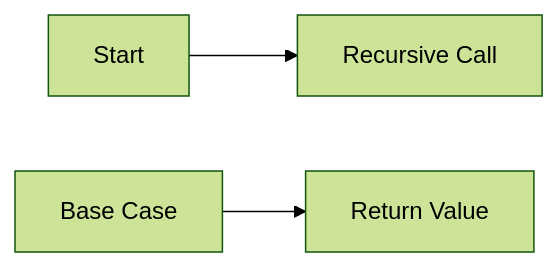
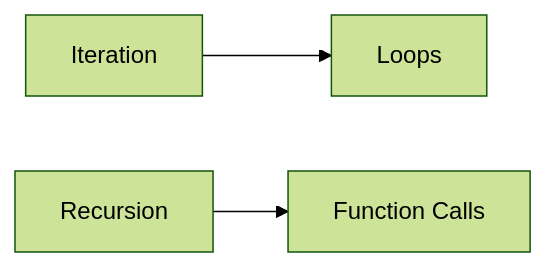
The diagram in frontend/public/assets/gate/cs/programming-and-data-structure/recursion.md (imxade/dontCompete), drawn with Mermaid (forest theme) before and after one commit. The commit also changed other lines of this file and 4395 other files, not shown here.

````diff
--- a/frontend/public/assets/gate/cs/programming-and-data-structure/recursion.md
+++ b/frontend/public/assets/gate/cs/programming-and-data-structure/recursion.md
@@ -66,5 +14,5 @@
 ```mermaid
 graph LR
-    A[Start] --> B[Recursive Call]
-    C[Base Case] --> D[Return Value]
+A[Iteration] --> B[Loops]
+C[Recursion] --> D[Function Calls]
 ```
````
